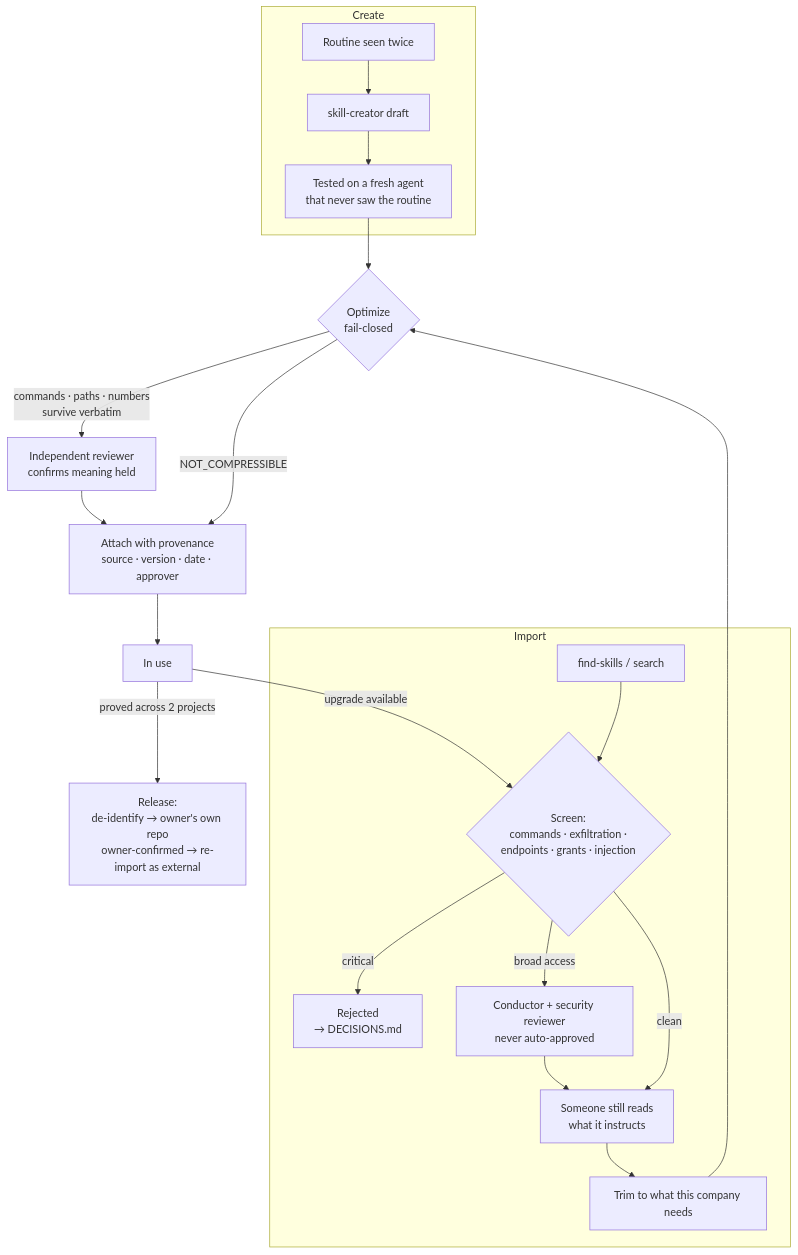
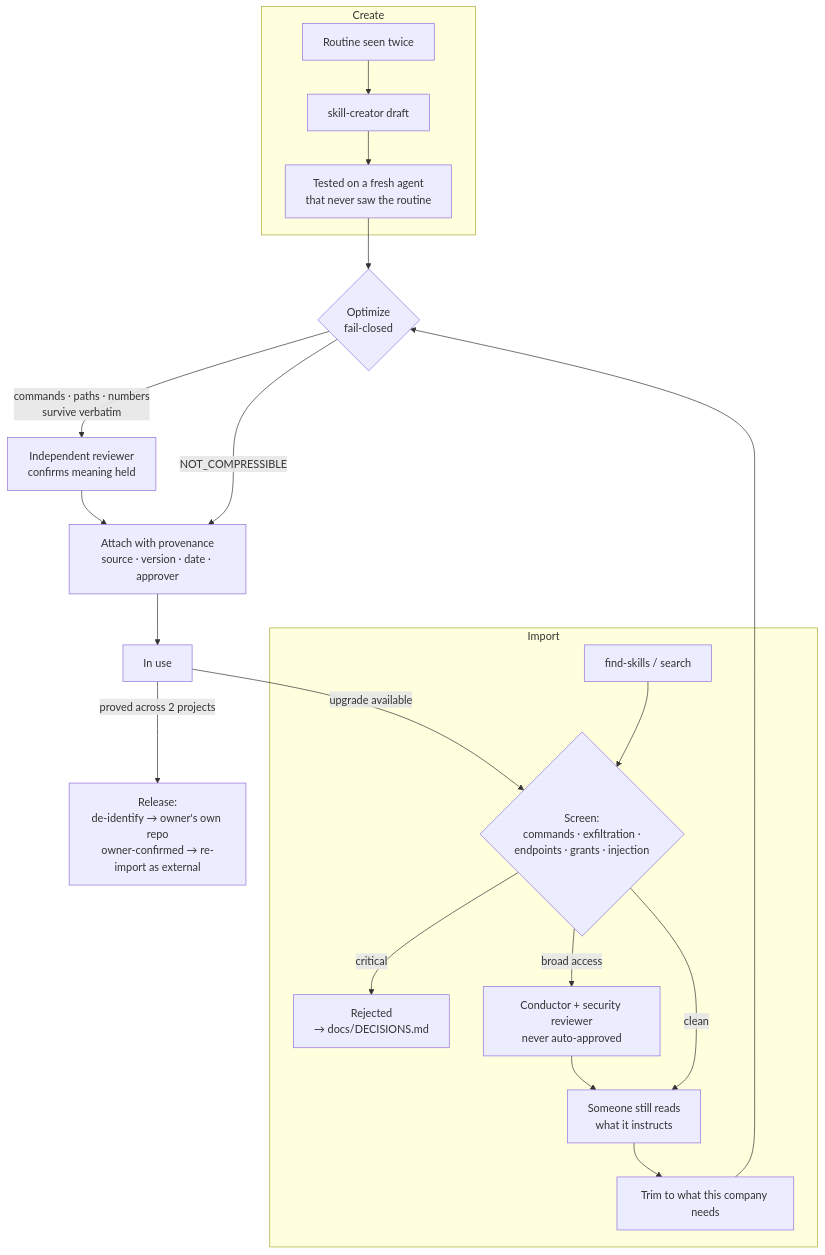
Before and after one commit to jamillazarev/multica-ops: the eighth of 8 diagrams in WORKFLOW.md, drawn with Mermaid. The commit also changed 26 other files, not shown here.

````diff
--- a/WORKFLOW.md
+++ b/WORKFLOW.md
@@ -154,23 +154,23 @@
 ```mermaid
 flowchart TD
     subgraph CREATE["Create"]
         R1["Routine seen twice"] --> DRAFT["skill-creator draft"]
         DRAFT --> TEST["Tested on a fresh agent<br/>that never saw the routine"]
     end
     subgraph IMPORT["Import"]
         FIND["find-skills / search"] --> SCAN{"Screen:<br/>commands · exfiltration ·<br/>endpoints · grants · injection"}
-        SCAN -->|critical| REJ["Rejected<br/>→ DECISIONS.md"]
+        SCAN -->|critical| REJ["Rejected<br/>→ docs/DECISIONS.md"]
         SCAN -->|broad access| HUM["Conductor + security reviewer<br/>never auto-approved"]
         SCAN -->|clean| READ["Someone still reads<br/>what it instructs"]
         HUM --> READ
         READ --> TRIM["Trim to what this company needs"]
     end
     TEST --> OPT
     TRIM --> OPT{"Optimize<br/>fail-closed"}
     OPT -->|"commands · paths · numbers<br/>survive verbatim"| REV["Independent reviewer<br/>confirms meaning held"]
     OPT -->|NOT_COMPRESSIBLE| ATT
     REV --> ATT["Attach with provenance<br/>source · version · date · approver"]
     ATT --> USE["In use"]
     USE -->|"upgrade available"| SCAN
     USE -->|"proved across 2 projects"| REL["Release:<br/>de-identify → owner's own repo<br/>owner-confirmed → re-import as external"]
 ```
````
